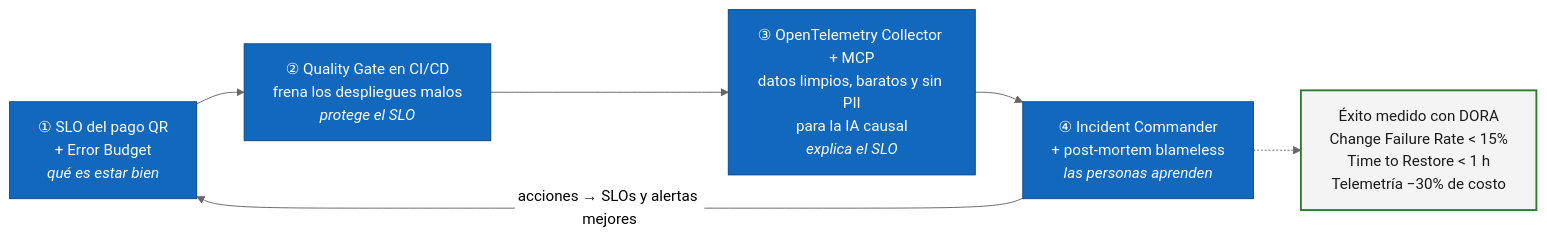
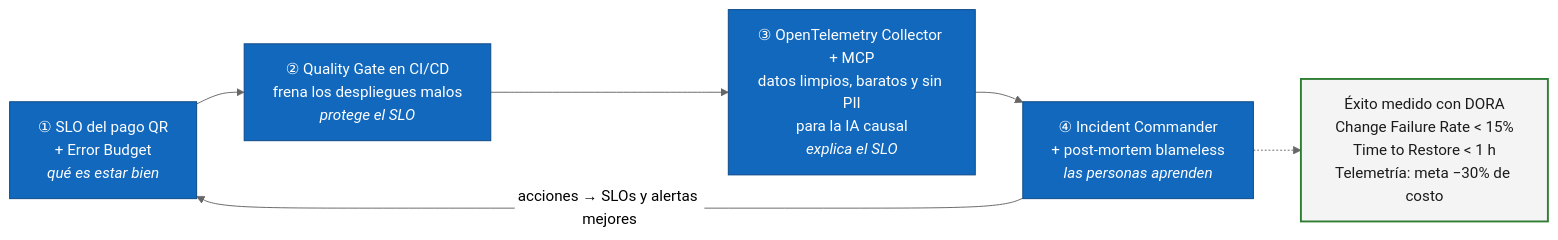
Before and after one commit to locosebas/necesidadesYGrafos: the first of 12 diagrams in devops-senior/temas/25-davivienda-sre-observabilidad/presentacion-libreto.md, drawn with Mermaid (neutral theme). The commit also changed other lines of this file and 3 other files, not shown here.

````diff
--- a/devops-senior/temas/25-davivienda-sre-observabilidad/presentacion-libreto.md
+++ b/devops-senior/temas/25-davivienda-sre-observabilidad/presentacion-libreto.md
@@ -27,17 +27,17 @@
 ```mermaid
 flowchart LR
     slo["① SLO del pago QR<br/>+ Error Budget<br/><i>qué es estar bien</i>"]
     gate["② Quality Gate en CI/CD<br/>frena los despliegues malos<br/><i>protege el SLO</i>"]
     otel["③ OpenTelemetry Collector + MCP<br/>datos limpios, baratos y sin PII<br/>para la IA causal<br/><i>explica el SLO</i>"]
     ic["④ Incident Commander<br/>+ post-mortem blameless<br/><i>las personas aprenden</i>"]
-    exito["Éxito medido con DORA<br/>Change Failure Rate < 15%<br/>Time to Restore < 1 h<br/>Telemetría −30% de costo"]
+    exito["Éxito medido con DORA<br/>Change Failure Rate < 15%<br/>Time to Restore < 1 h<br/>Telemetría: meta −30% de costo"]
 
     slo --> gate --> otel --> ic
     ic -- "acciones → SLOs y alertas mejores" --> slo
     ic -.-> exito
 
     classDef eje fill:#1168bd,stroke:#0b4884,color:#ffffff
     classDef meta fill:#f4f4f4,stroke:#2e7d32,color:#1b1b1b,stroke-width:2px
     class slo,gate,otel,ic eje
     class exito meta
 ```
````
